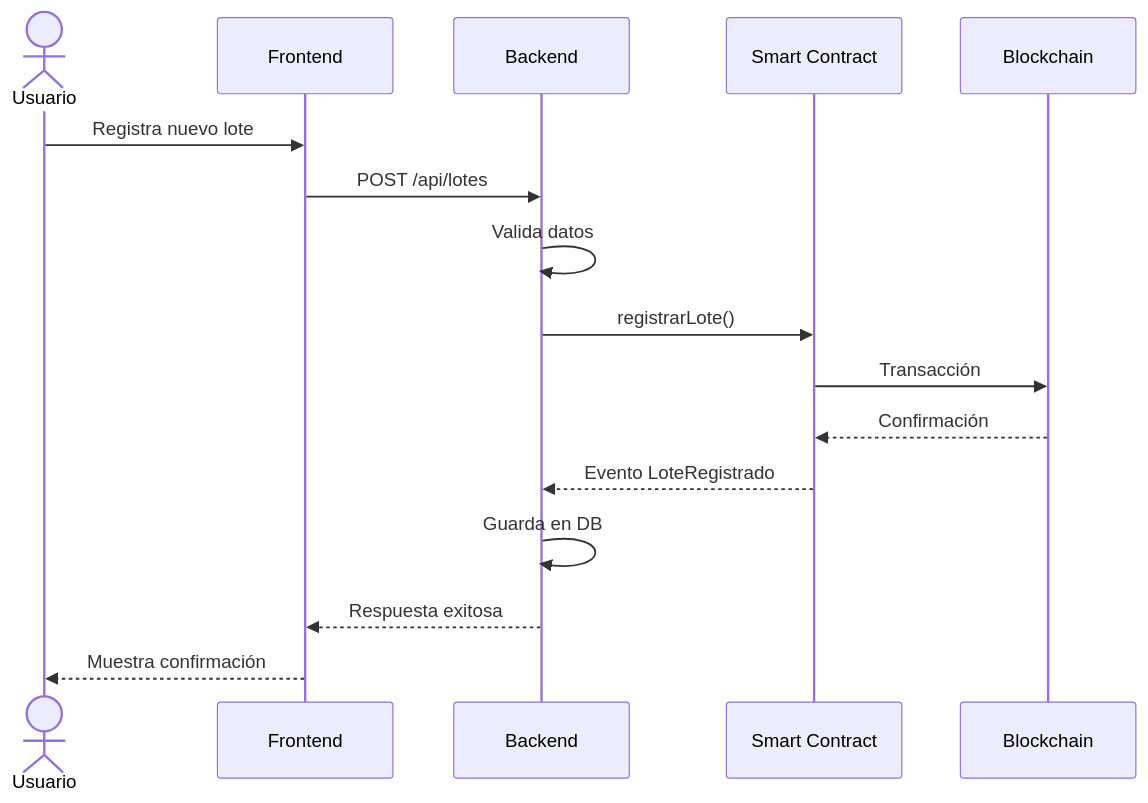
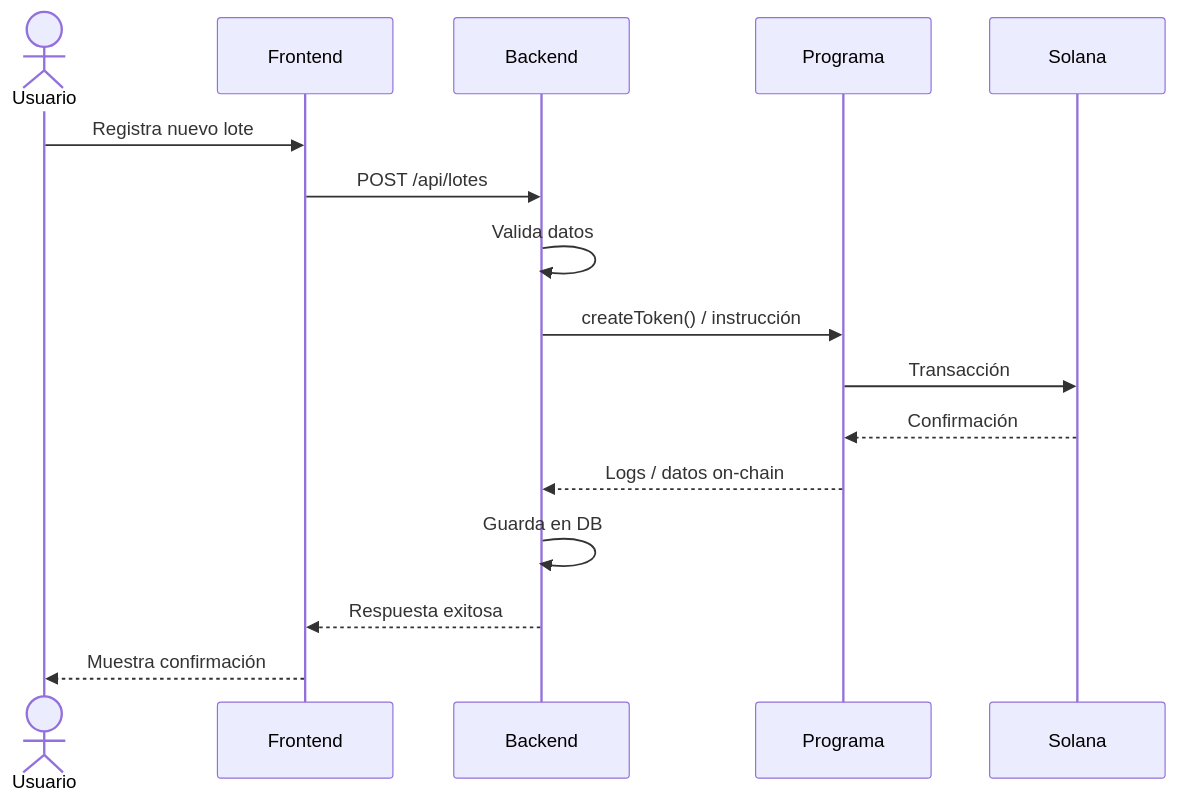
The second of 7 diagrams in 20 INSTRUCCIONES DE ENTREGA.md (pdiazq/tfm-cacao-traceability-solana), drawn with Mermaid before and after one commit. The commit also changed other lines of this file, not shown here.

````diff
--- a/20 INSTRUCCIONES DE ENTREGA.md
+++ b/20 INSTRUCCIONES DE ENTREGA.md
@@ -395,19 +418,19 @@
 ```mermaid
 sequenceDiagram
     actor Usuario
     participant Frontend
     participant Backend
-    participant Smart Contract
-    participant Blockchain
+    participant Programa
+    participant Solana
 
     Usuario->>Frontend: Registra nuevo lote
     Frontend->>Backend: POST /api/lotes
     Backend->>Backend: Valida datos
-    Backend->>Smart Contract: registrarLote()
-    Smart Contract->>Blockchain: Transacción
-    Blockchain-->>Smart Contract: Confirmación
-    Smart Contract-->>Backend: Evento LoteRegistrado
+    Backend->>Programa: createToken() / instrucción
+    Programa->>Solana: Transacción
+    Solana-->>Programa: Confirmación
+    Programa-->>Backend: Logs / datos on-chain
     Backend->>Backend: Guarda en DB
     Backend-->>Frontend: Respuesta exitosa
     Frontend-->>Usuario: Muestra confirmación
 ```
````
